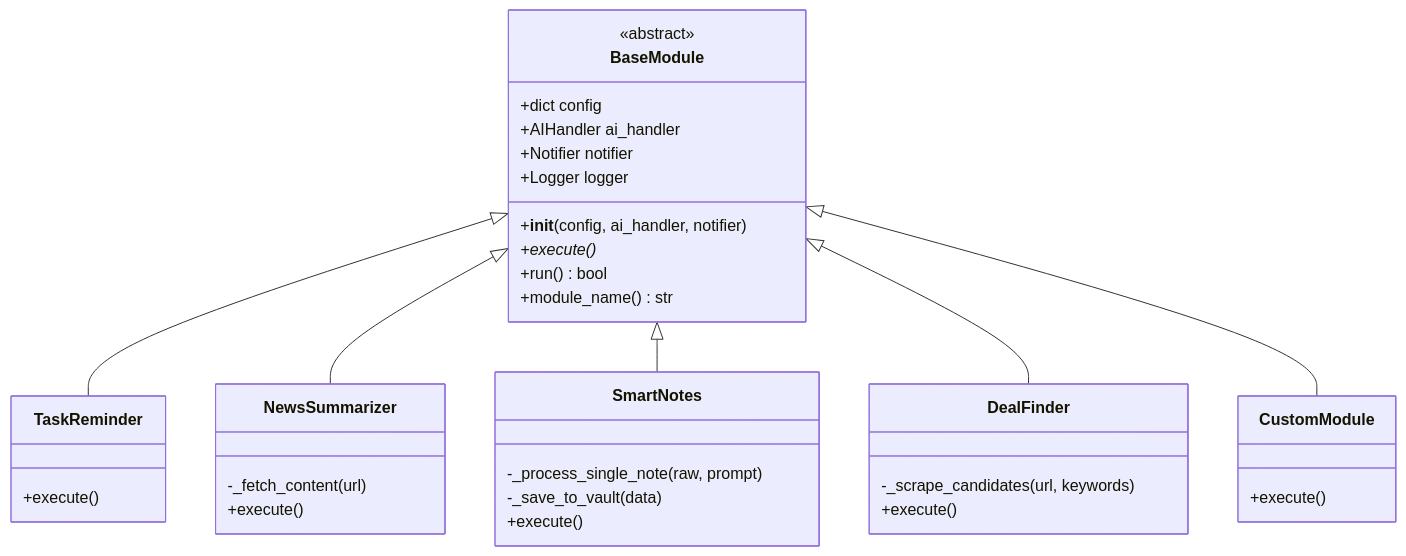
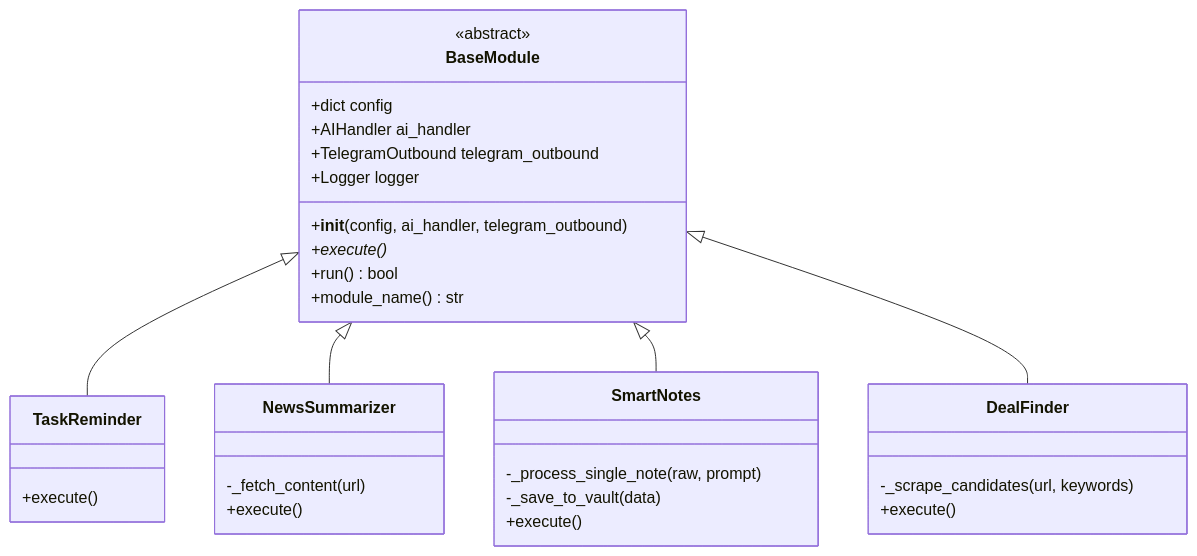
Before and after one commit to sergiomrtnez/r3scue-me: the second of 2 diagrams in README.md, drawn with Mermaid. The commit also changed other lines of this file and 13 other files, not shown here.

First line of the commit message:
feat: migrate to dual-process Telegram architecture (producer-consumer) with interactive control center

````diff
--- a/README.md
+++ b/README.md
@@ -69,40 +79,36 @@
 ```mermaid
 classDiagram
     class BaseModule {
         <<abstract>>
         +dict config
         +AIHandler ai_handler
-        +Notifier notifier
+        +TelegramOutbound telegram_outbound
         +Logger logger
-        +__init__(config, ai_handler, notifier)
+        +__init__(config, ai_handler, telegram_outbound)
         +execute()*
         +run() bool
         +module_name() str
     }
 
     class TaskReminder {
         +execute()
     }
     class NewsSummarizer {
         -_fetch_content(url)
         +execute()
     }
     class SmartNotes {
         -_process_single_note(raw, prompt)
         -_save_to_vault(data)
         +execute()
     }
     class DealFinder {
         -_scrape_candidates(url, keywords)
         +execute()
     }
-    class CustomModule {
-        +execute()
-    }
 
     BaseModule <|-- TaskReminder
     BaseModule <|-- NewsSummarizer
     BaseModule <|-- SmartNotes
     BaseModule <|-- DealFinder
-    BaseModule <|-- CustomModule
 ```
````
